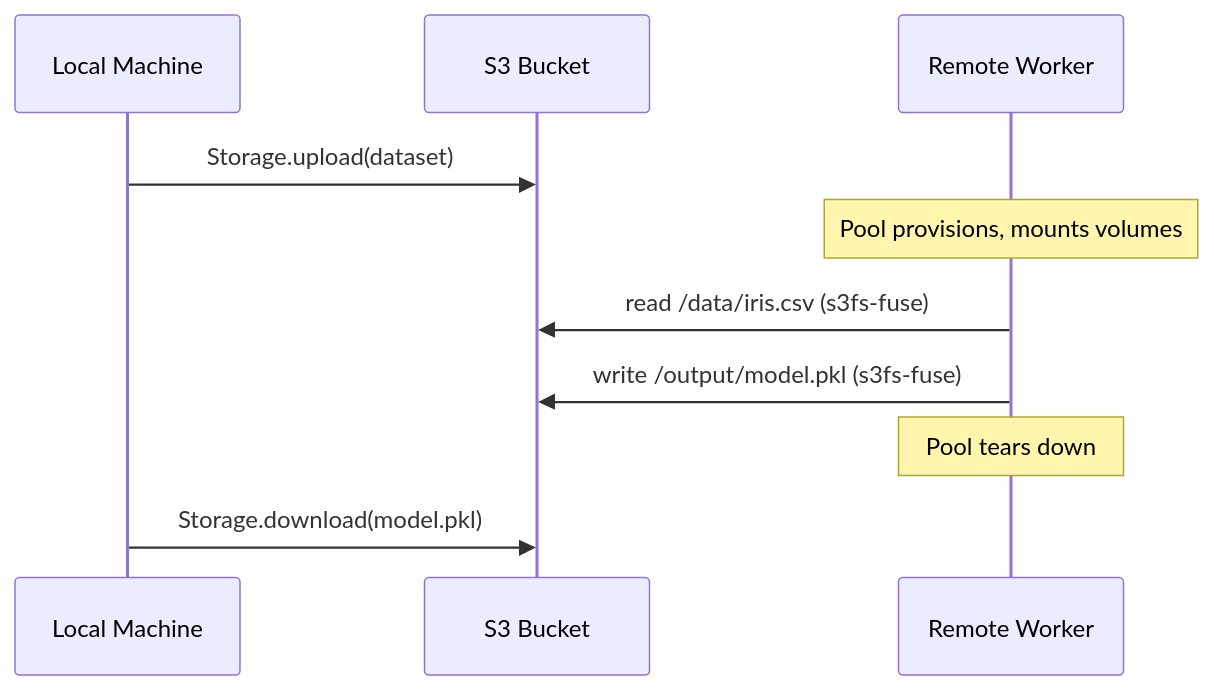
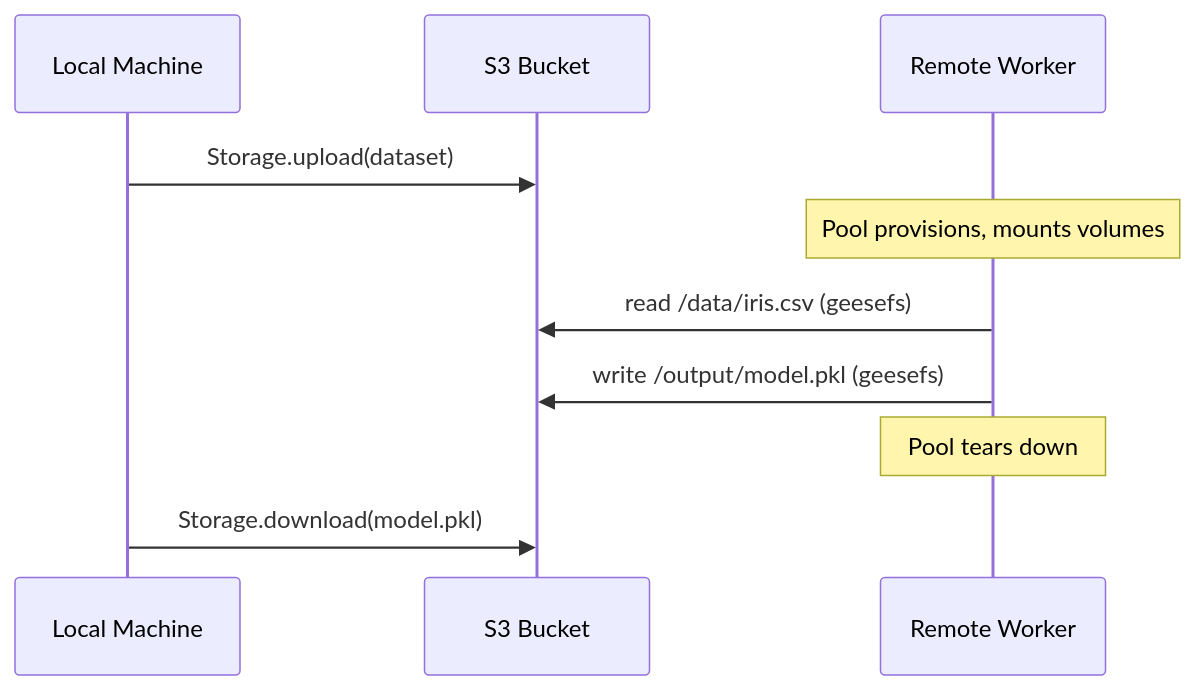
The diagram in docs/guides/s3-volumes.md (gabfssilva/skyward), drawn with Mermaid before and after one commit. The commit also changed other lines of this file and 20 other files, not shown here.

````diff
--- a/docs/guides/s3-volumes.md
+++ b/docs/guides/s3-volumes.md
@@ -59,13 +59,13 @@
 ```mermaid
 sequenceDiagram
     participant L as Local Machine
     participant S as S3 Bucket
     participant W as Remote Worker
 
     L->>S: Storage.upload(dataset)
     Note over W: Pool provisions, mounts volumes
-    W->>S: read /data/iris.csv (s3fs-fuse)
-    W->>S: write /output/model.pkl (s3fs-fuse)
+    W->>S: read /data/iris.csv (geesefs)
+    W->>S: write /output/model.pkl (geesefs)
     Note over W: Pool tears down
     L->>S: Storage.download(model.pkl)
 ```
````
